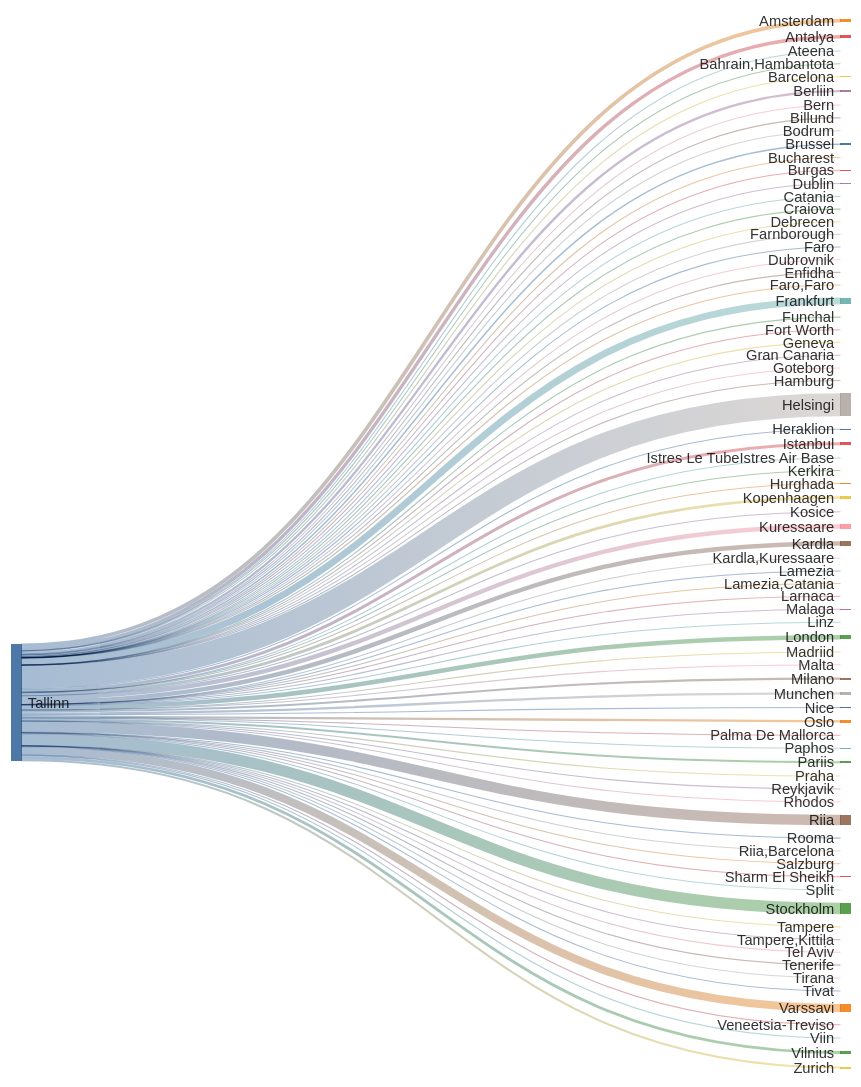
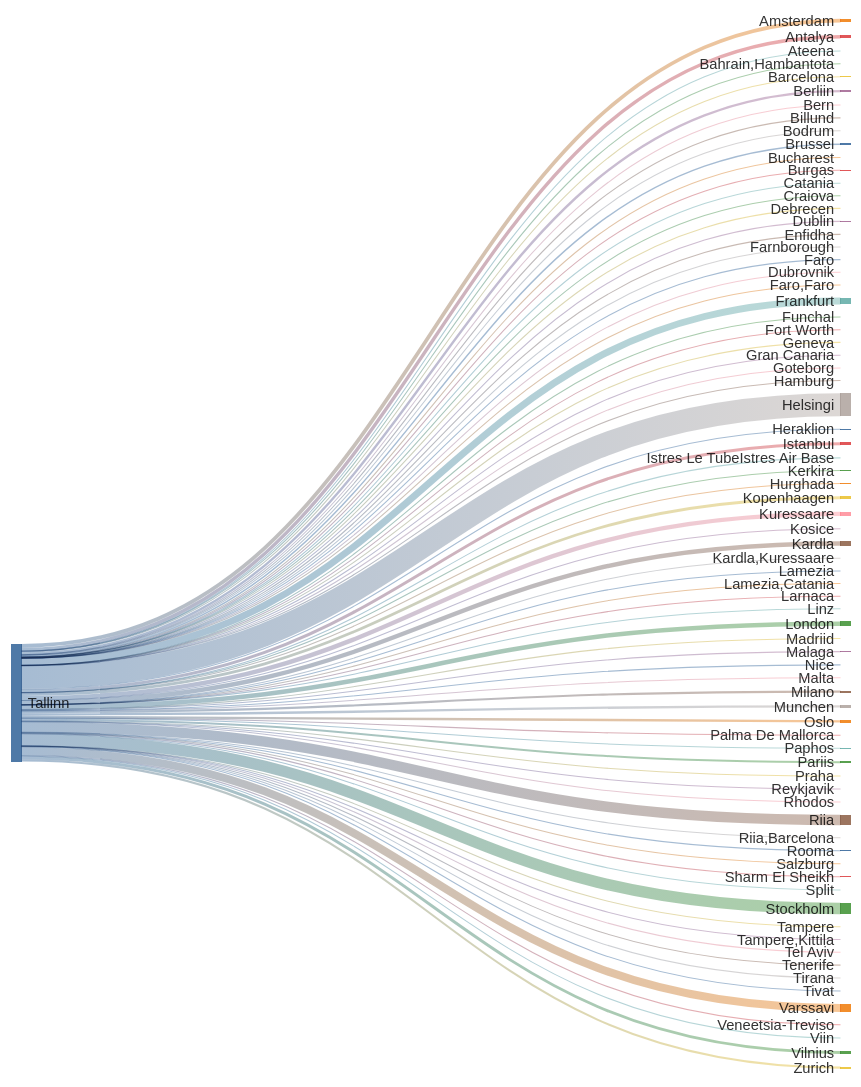
One commit to rainermesi/tll-airport-departures changed the second of 2 diagrams in README.md. Above: the diagram before and after it, drawn with Mermaid. The commit also changed other lines of this file and 1 other file, not shown here.

````diff
--- a/README.md
+++ b/README.md
@@ -41,16 +41,16 @@
 ---
 sankey-beta
 %% source,target,value
-Tallinn,Amsterdam,469
+Tallinn,Amsterdam,471
 Tallinn,Antalya,426
 Tallinn,Ateena,16
 Tallinn,"Bahrain,Hambantota",1
 Tallinn,Barcelona,131
-Tallinn,Berliin,298
+Tallinn,Berliin,300
 Tallinn,Bern,1
 Tallinn,Billund,75
 Tallinn,Bodrum,11
-Tallinn,Brussel,183
+Tallinn,Brussel,184
 Tallinn,Bucharest,1
 Tallinn,Burgas,56
 Tallinn,Catania,2
@@ -63,59 +63,59 @@
 Tallinn,Faro,4
 Tallinn,"Faro,Faro",1
 Tallinn,Fort Worth,1
-Tallinn,Frankfurt,858
+Tallinn,Frankfurt,861
 Tallinn,Funchal,5
 Tallinn,Geneva,13
 Tallinn,Gran Canaria,38
 Tallinn,Goteborg,2
 Tallinn,Hamburg,2
-Tallinn,Helsingi,2893
+Tallinn,Helsingi,2903
 Tallinn,Heraklion,96
 Tallinn,Hurghada,75
-Tallinn,Istanbul,377
+Tallinn,Istanbul,379
 Tallinn,Istres Le TubeIstres Air Base,2
 Tallinn,Kerkira,4
-Tallinn,Kopenhaagen,348
+Tallinn,Kopenhaagen,351
 Tallinn,Kosice,1
-Tallinn,Kuressaare,548
-Tallinn,Kardla,550
+Tallinn,Kuressaare,550
+Tallinn,Kardla,552
 Tallinn,"Kardla,Kuressaare",1
 Tallinn,Lamezia,1
 Tallinn,"Lamezia,Catania",3
 Tallinn,Larnaca,4
 Tallinn,Linz,2
-Tallinn,London,567
+Tallinn,London,568
 Tallinn,Madriid,3
 Tallinn,Malaga,116
 Tallinn,Malta,28
 Tallinn,Milano,270
-Tallinn,Munchen,292
+Tallinn,Munchen,294
 Tallinn,Nice,50
-Tallinn,Oslo,294
+Tallinn,Oslo,295
 Tallinn,Palma De Mallorca,32
 Tallinn,Paphos,66
-Tallinn,Pariis,250
+Tallinn,Pariis,252
 Tallinn,Praha,83
 Tallinn,Reykjavik,18
-Tallinn,Rhodos,57
-Tallinn,Riia,1300
+Tallinn,Rhodos,58
+Tallinn,Riia,1304
 Tallinn,"Riia,Barcelona",1
 Tallinn,Rooma,80
 Tallinn,Salzburg,14
 Tallinn,Sharm El Sheikh,102
 Tallinn,Split,51
-Tallinn,Stockholm,1425
+Tallinn,Stockholm,1430
 Tallinn,Tampere,17
 Tallinn,"Tampere,Kittila",21
 Tallinn,Tel Aviv,2
 Tallinn,Tenerife,58
-Tallinn,Tirana,31
-Tallinn,Tivat,63
-Tallinn,Varssavi,999
+Tallinn,Tirana,32
+Tallinn,Tivat,64
+Tallinn,Varssavi,1002
 Tallinn,Veneetsia-Treviso,67
 Tallinn,Viin,106
-Tallinn,Vilnius,360
-Tallinn,Zurich,256
+Tallinn,Vilnius,362
+Tallinn,Zurich,257
 
 
 ```
````
